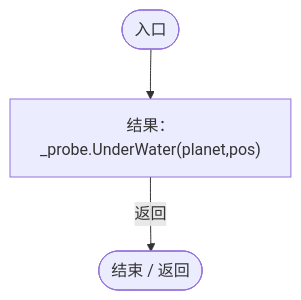
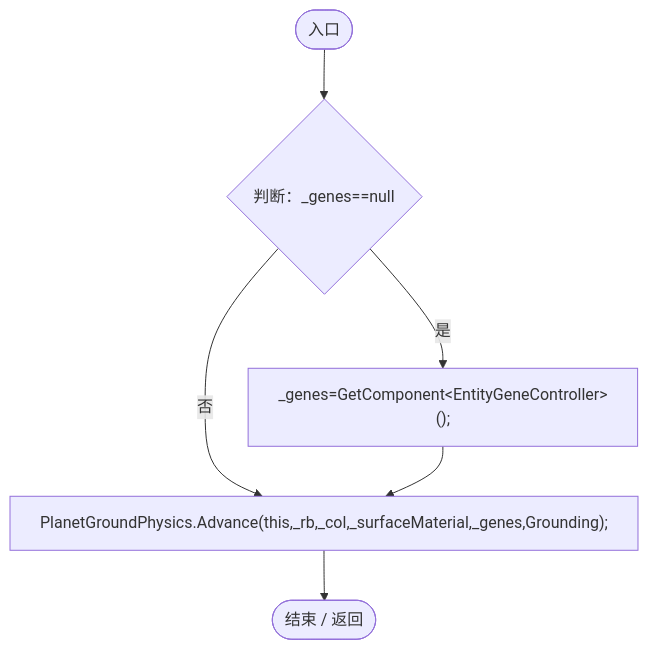
One commit to xhs6666/Darwin_paradise changed the third of 4 diagrams in Docs/运行流程图/脚本/f9e84b7108c465c2.md. Above: the diagram before and after it, drawn with Mermaid. The commit also changed other lines of this file and 107 other files, not shown here.

````diff
--- a/Docs/运行流程图/脚本/f9e84b7108c465c2.md
+++ b/Docs/运行流程图/脚本/f9e84b7108c465c2.md
@@ -184,9 +80,14 @@
 ```mermaid
 flowchart TD
   b0(["入口"])
-  b1["结果：_probe.UnderWater(planet,pos)"]
-  b2(["结束 / 返回"])
+  b1{"判断：_genes==null"}
+  b2["_genes=GetComponent&lt;EntityGeneController&gt;();"]
+  b3["PlanetGroundPhysics.Advance(this,_rb,_col,_surfaceMaterial,_genes,Grounding);"]
+  b4(["结束 / 返回"])
   b0 --> b1
-  b1 -->|"返回"| b2
+  b1 -->|"是"| b2
+  b1 -->|"否"| b3
+  b2 --> b3
+  b3 --> b4
 
 ```
````
